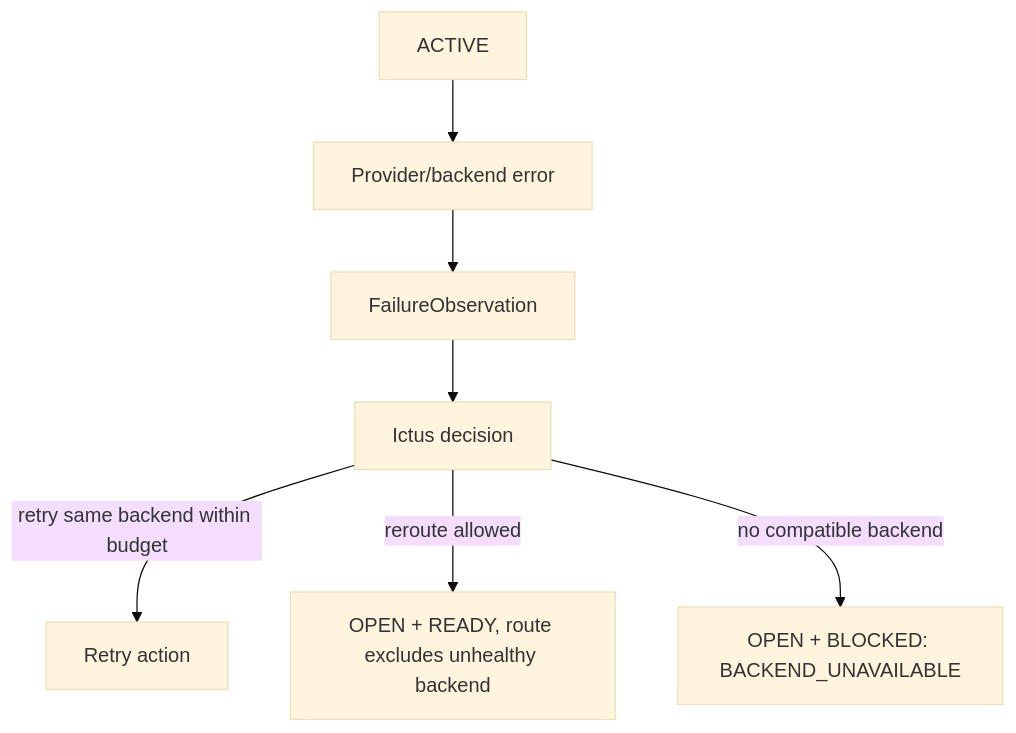
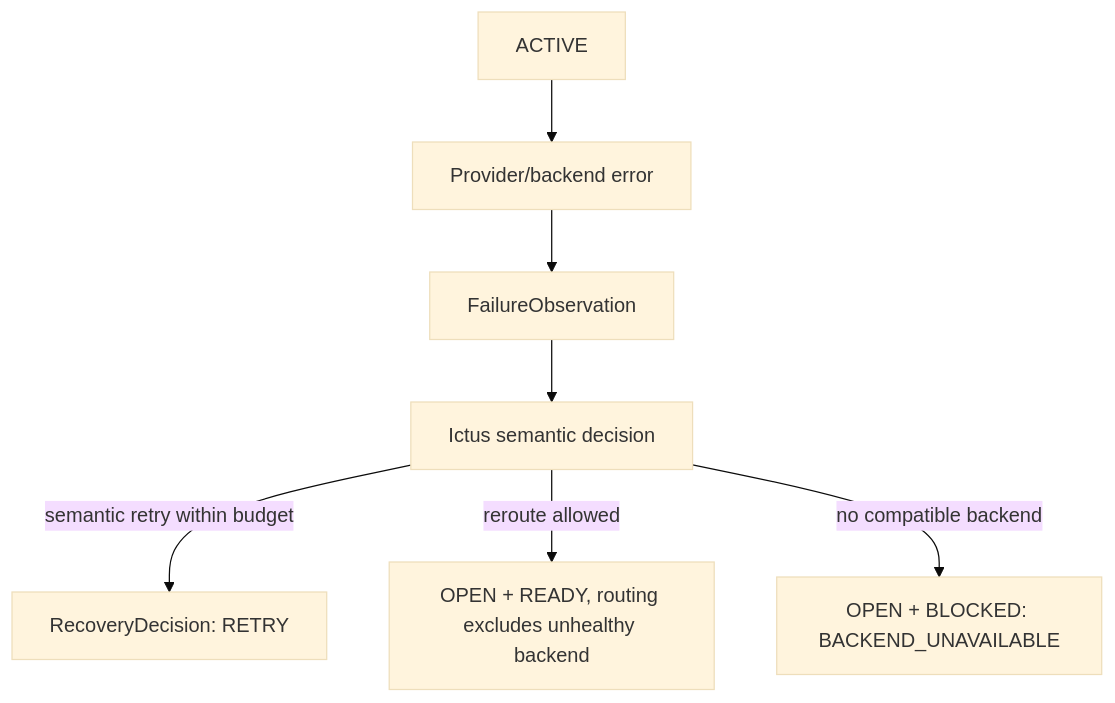
The second of 2 diagrams in docs/architecture/SCHEDULING_AND_BACKENDS.md (Walsamer/tactus), drawn with Mermaid (base theme) before and after one commit. The commit also changed other lines of this file and 6 other files, not shown here.

Commit message:
Fleet: FIX-001 — Re-freeze Tactus / Ictus / Dagster ownership boundaries (TCT-WO-FIX-001-architecture-ownership-reset)

````diff
--- a/docs/architecture/SCHEDULING_AND_BACKENDS.md
+++ b/docs/architecture/SCHEDULING_AND_BACKENDS.md
@@ -133,9 +192,9 @@
 ```mermaid
 flowchart TD
     ACTIVE --> ERR[Provider/backend error]
     ERR --> OBS[FailureObservation]
-    OBS --> ICTUS[Ictus decision]
-    ICTUS -->|retry same backend within budget| RETRY[Retry action]
-    ICTUS -->|reroute allowed| REQUEUE[OPEN + READY, route excludes unhealthy backend]
+    OBS --> ICTUS[Ictus semantic decision]
+    ICTUS -->|semantic retry within budget| RETRY[RecoveryDecision: RETRY]
+    ICTUS -->|reroute allowed| REQUEUE[OPEN + READY, routing excludes unhealthy backend]
     ICTUS -->|no compatible backend| BLOCK[OPEN + BLOCKED: BACKEND_UNAVAILABLE]
 ```
````
